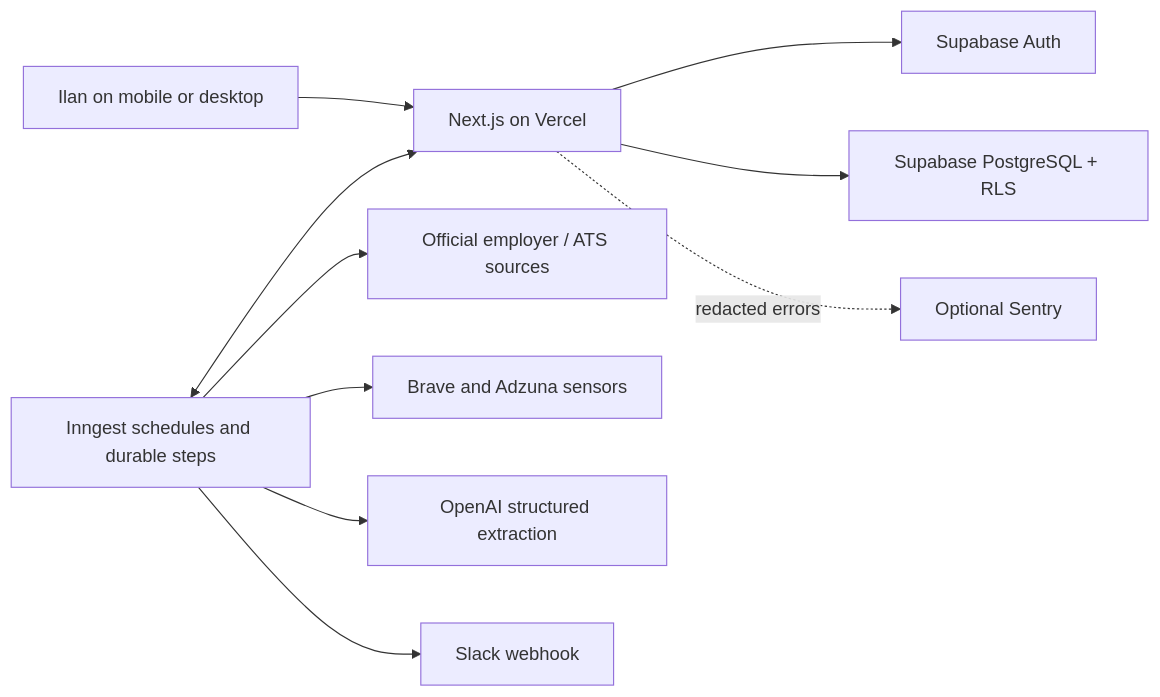
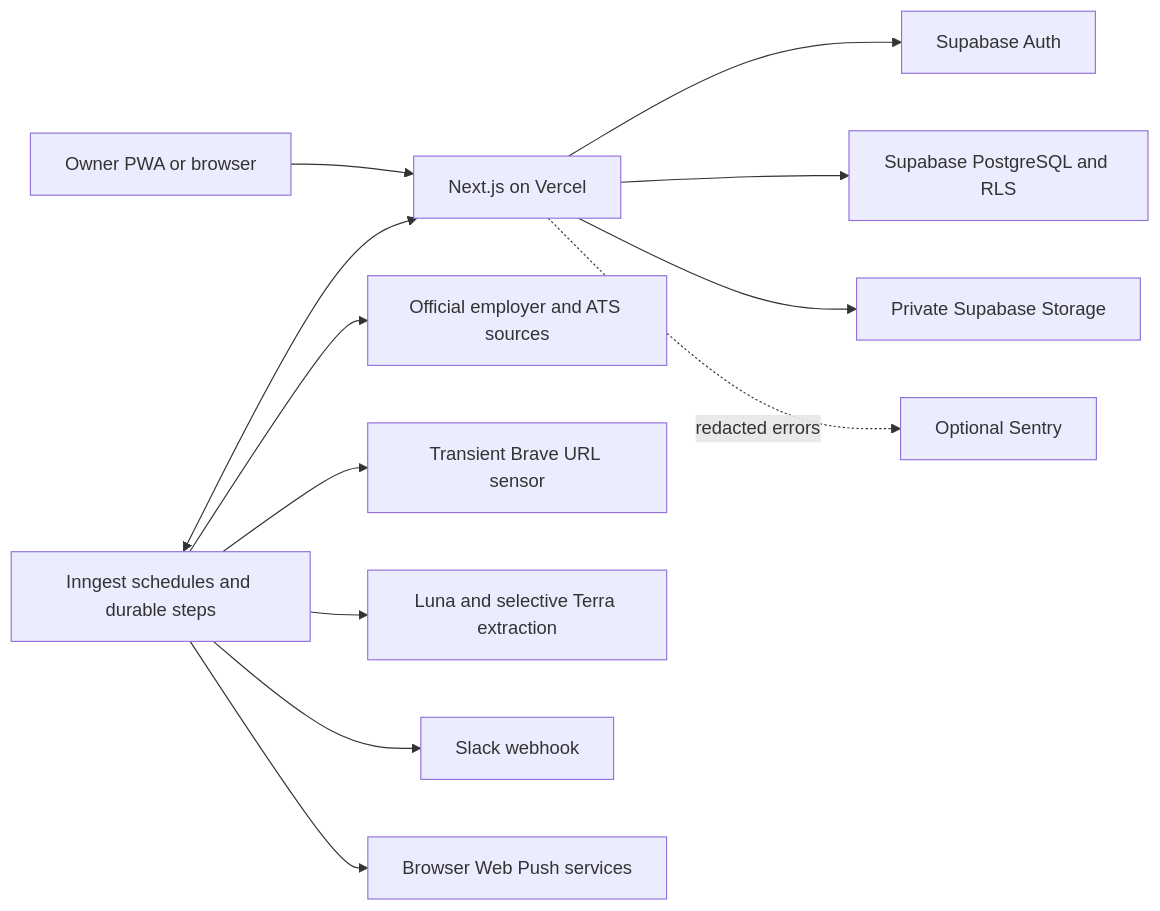
One commit to ilan0/firstseen-job-discovery changed the first of 2 diagrams in docs/architecture.md. Above: the diagram before and after it, drawn with Mermaid. The commit also changed other lines of this file and 176 other files, not shown here.

````diff
--- a/docs/architecture.md
+++ b/docs/architecture.md
@@ -5,12 +5,14 @@
 ```mermaid
 flowchart LR
-  U["Ilan on mobile or desktop"] --> V["Next.js on Vercel"]
+  U["Owner PWA or browser"] --> V["Next.js on Vercel"]
   V --> A["Supabase Auth"]
-  V --> P["Supabase PostgreSQL + RLS"]
+  V --> P["Supabase PostgreSQL and RLS"]
+  V --> ST["Private Supabase Storage"]
   I["Inngest schedules and durable steps"] <--> V
-  I --> O["Official employer / ATS sources"]
-  I --> B["Brave and Adzuna sensors"]
-  I --> M["OpenAI structured extraction"]
+  I --> O["Official employer and ATS sources"]
+  I --> B["Transient Brave URL sensor"]
+  I --> M["Luna and selective Terra extraction"]
   I --> S["Slack webhook"]
+  I --> W["Browser Web Push services"]
   V -. "redacted errors" .-> E["Optional Sentry"]
 ```
````
